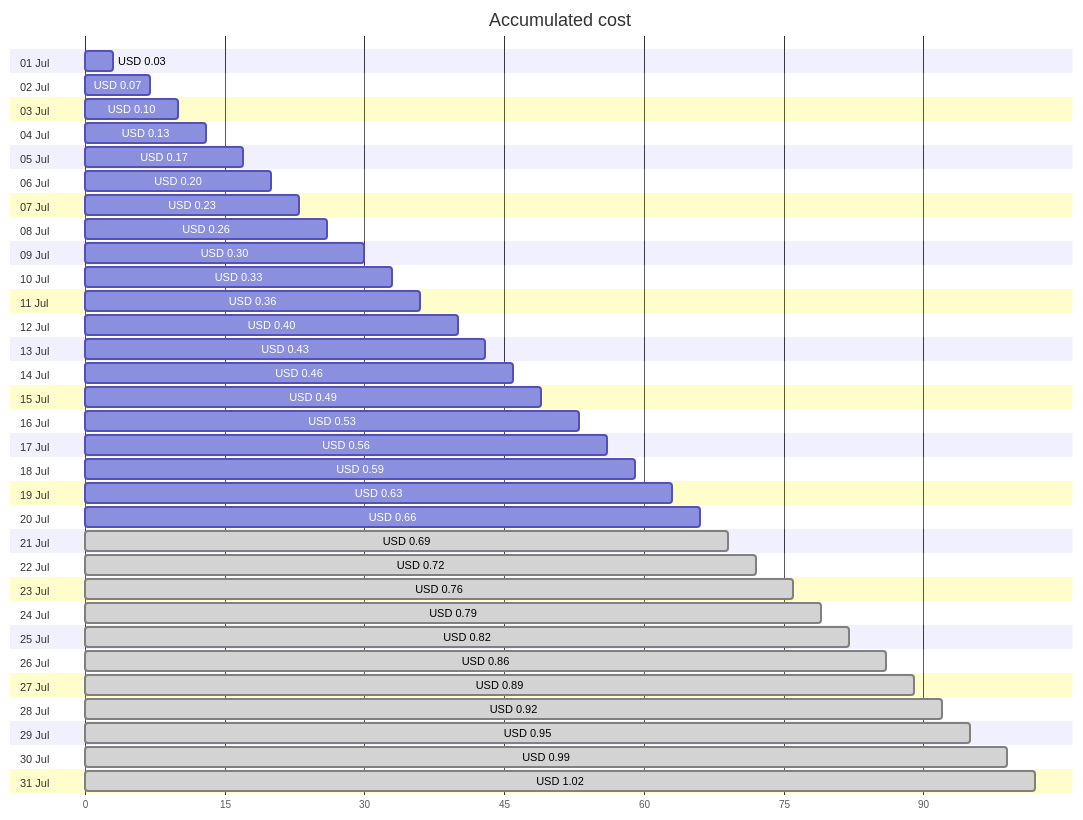
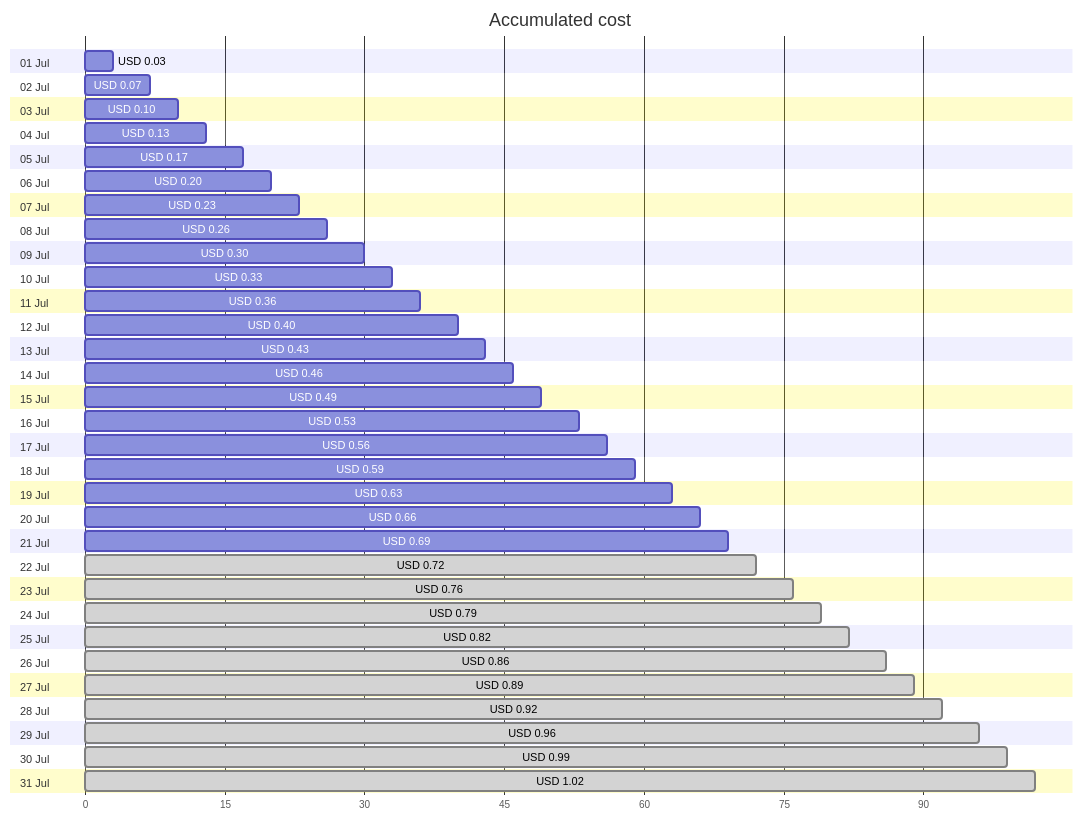
Before and after one commit to jpfulton/azure-personal-reports: the first of 4 diagrams in cost-reports/personal-dns/README.md, drawn with Mermaid. The commit also changed other lines of this file and 2 other files, not shown here.

````diff
--- a/cost-reports/personal-dns/README.md
+++ b/cost-reports/personal-dns/README.md
@@ -20,68 +20,68 @@
 ```mermaid
 gantt
    title Accumulated cost
    dateFormat  X
    axisFormat %s
    section 01 Jul
    USD 0.03 :0, 3
    section 02 Jul
    USD 0.07 :0, 7
    section 03 Jul
    USD 0.10 :0, 10
    section 04 Jul
    USD 0.13 :0, 13
    section 05 Jul
    USD 0.17 :0, 17
    section 06 Jul
    USD 0.20 :0, 20
    section 07 Jul
    USD 0.23 :0, 23
    section 08 Jul
    USD 0.26 :0, 26
    section 09 Jul
    USD 0.30 :0, 30
    section 10 Jul
    USD 0.33 :0, 33
    section 11 Jul
    USD 0.36 :0, 36
    section 12 Jul
    USD 0.40 :0, 40
    section 13 Jul
    USD 0.43 :0, 43
    section 14 Jul
    USD 0.46 :0, 46
    section 15 Jul
    USD 0.49 :0, 49
    section 16 Jul
    USD 0.53 :0, 53
    section 17 Jul
    USD 0.56 :0, 56
    section 18 Jul
    USD 0.59 :0, 59
    section 19 Jul
    USD 0.63 :0, 63
    section 20 Jul
    USD 0.66 :0, 66
    section 21 Jul
-   USD 0.69 : done, 0, 69
+   USD 0.69 :0, 69
    section 22 Jul
    USD 0.72 : done, 0, 72
    section 23 Jul
    USD 0.76 : done, 0, 76
    section 24 Jul
    USD 0.79 : done, 0, 79
    section 25 Jul
    USD 0.82 : done, 0, 82
    section 26 Jul
    USD 0.86 : done, 0, 86
    section 27 Jul
    USD 0.89 : done, 0, 89
    section 28 Jul
    USD 0.92 : done, 0, 92
    section 29 Jul
-   USD 0.95 : done, 0, 95
+   USD 0.96 : done, 0, 96
    section 30 Jul
    USD 0.99 : done, 0, 99
    section 31 Jul
    USD 1.02 : done, 0, 102
 ```
````
